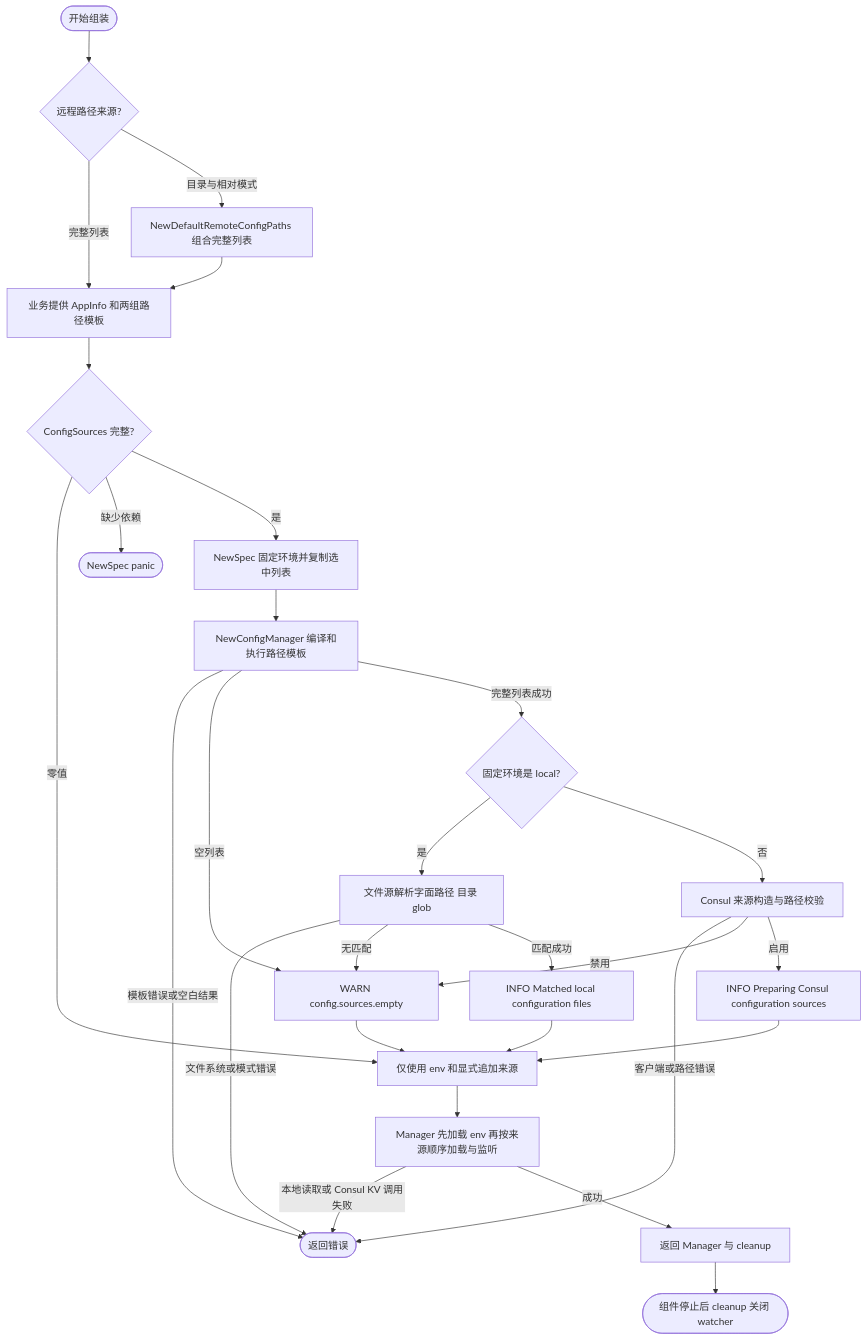
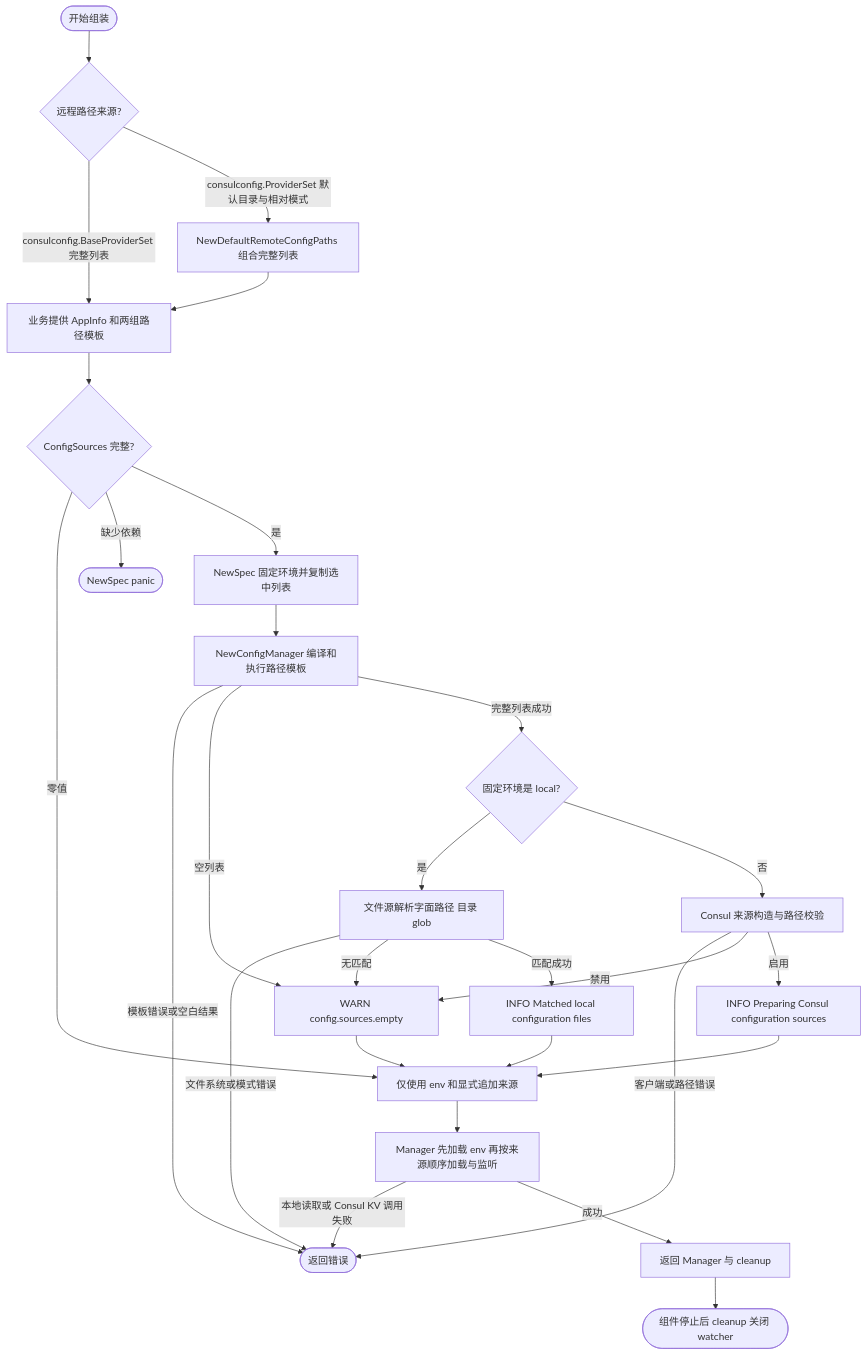
Before and after one commit to jaggerzhuang1994/kratos-foundation: the diagram in contrib/bootstrap/consulconfig/README.md, drawn with Mermaid. The commit also changed other lines of this file and 8 other files, not shown here.

First line of the commit message:
feat(consulconfig): provide default remote config directories

````diff
--- a/contrib/bootstrap/consulconfig/README.md
+++ b/contrib/bootstrap/consulconfig/README.md
@@ -132,28 +118,28 @@
 ```mermaid
 flowchart TD
     A([开始组装]) --> A1{远程路径来源?}
-    A1 -- 完整列表 --> B[业务提供 AppInfo 和两组路径模板]
-    A1 -- 目录与相对模式 --> A2[NewDefaultRemoteConfigPaths 组合完整列表]
+    A1 -- consulconfig.BaseProviderSet 完整列表 --> B[业务提供 AppInfo 和两组路径模板]
+    A1 -- consulconfig.ProviderSet 默认目录与相对模式 --> A2[NewDefaultRemoteConfigPaths 组合完整列表]
     A2 --> B
     B --> C{ConfigSources 完整?}
     C -- 零值 --> E[仅使用 env 和显式追加来源]
     C -- 缺少依赖 --> P([NewSpec panic])
     C -- 是 --> D[NewSpec 固定环境并复制选中列表]
     D --> F[NewConfigManager 编译和执行路径模板]
     F -- 模板错误或空白结果 --> X([返回错误])
     F -- 空列表 --> W[WARN config.sources.empty]
     F -- 完整列表成功 --> G{固定环境是 local?}
     G -- 是 --> H[文件源解析字面路径 目录 glob]
     G -- 否 --> I[Consul 来源构造与路径校验]
     H -- 文件系统或模式错误 --> X
     H -- 无匹配 --> W
     H -- 匹配成功 --> HL[INFO Matched local configuration files]
     I -- 客户端或路径错误 --> X
     I -- 禁用 --> W
     I -- 启用 --> IL[INFO Preparing Consul configuration sources]
     HL & IL & W --> E
     E --> J[Manager 先加载 env 再按来源顺序加载与监听]
     J -- 本地读取或 Consul KV 调用失败 --> X
     J -- 成功 --> K[返回 Manager 与 cleanup]
     K --> L([组件停止后 cleanup 关闭 watcher])
 ```
````
